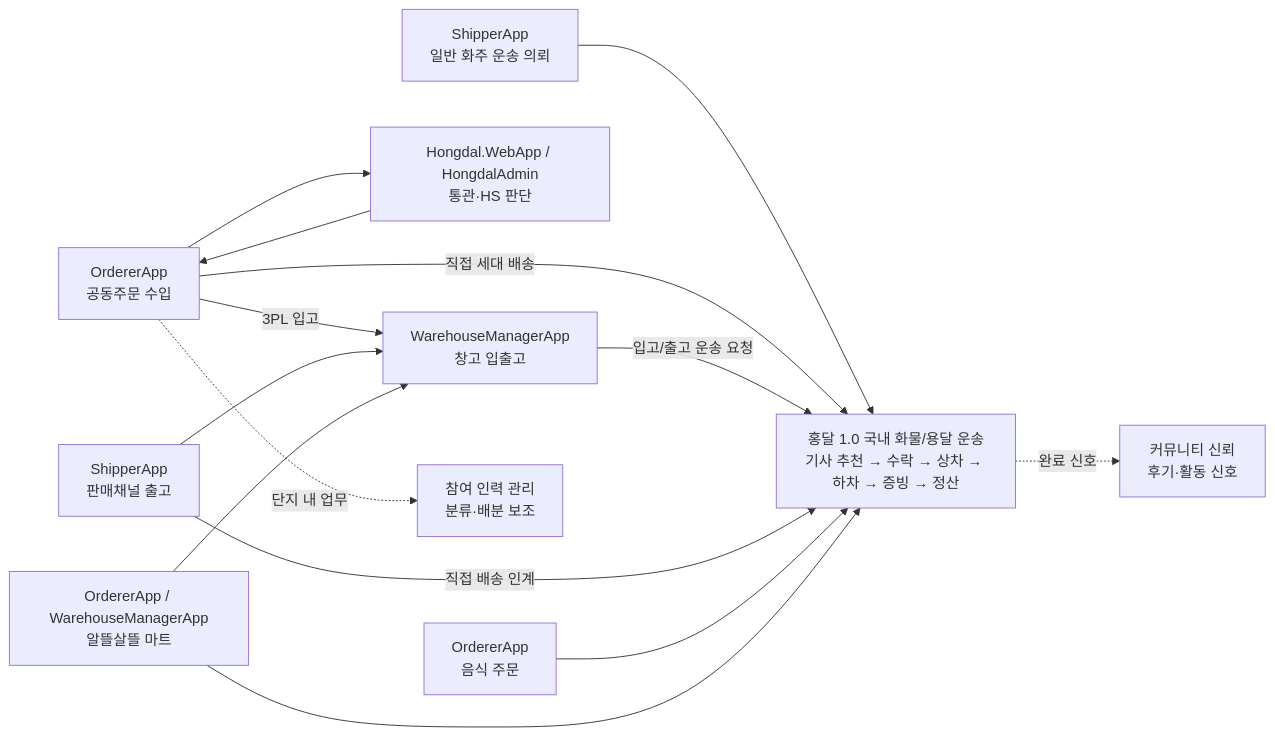
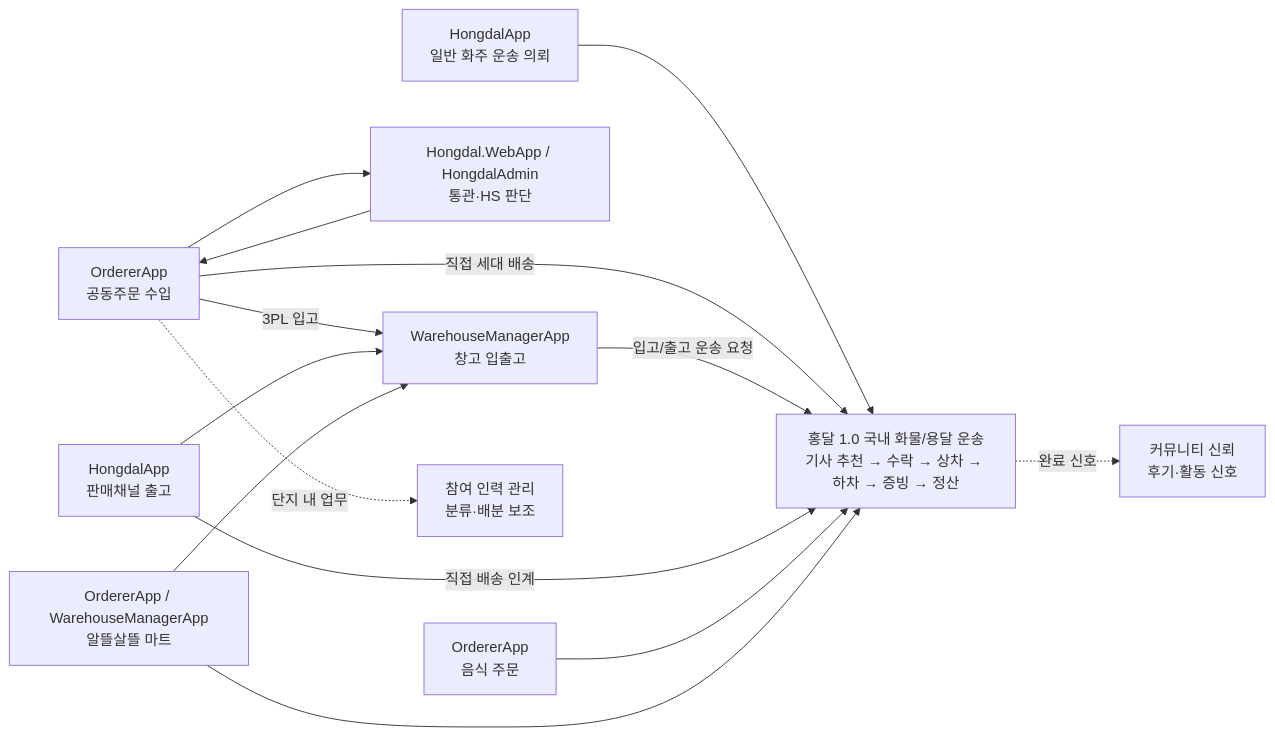
Before and after one commit to cheolwo/hongdal: the second of 9 diagrams in docs/ProjectOverview/workflow-app-screen-map.md, drawn with Mermaid. The commit also changed other lines of this file and 140 other files, not shown here.

````diff
--- a/docs/ProjectOverview/workflow-app-screen-map.md
+++ b/docs/ProjectOverview/workflow-app-screen-map.md
@@ -54,26 +54,26 @@
 ```mermaid
 flowchart LR
     Core["홍달 1.0 국내 화물/용달 운송<br/>기사 추천 → 수락 → 상차 → 하차 → 증빙 → 정산"]
-    Shipper["ShipperApp<br/>일반 화주 운송 의뢰"]
+    Shipper["HongdalApp<br/>일반 화주 운송 의뢰"]
     Group["OrdererApp<br/>공동주문 수입"]
     Customs["Hongdal.WebApp / HongdalAdmin<br/>통관·HS 판단"]
     Warehouse["WarehouseManagerApp<br/>창고 입출고"]
-    Sales["ShipperApp<br/>판매채널 출고"]
+    Sales["HongdalApp<br/>판매채널 출고"]
     Food["OrdererApp<br/>음식 주문"]
     Mart["OrdererApp / WarehouseManagerApp<br/>알뜰살뜰 마트"]
     Community["커뮤니티 신뢰<br/>후기·활동 신호"]
     HR["참여 인력 관리<br/>분류·배분 보조"]
 
     Shipper --> Core
     Group --> Customs --> Group
     Group -->|직접 세대 배송| Core
     Group -->|3PL 입고| Warehouse
     Warehouse -->|입고/출고 운송 요청| Core
     Sales --> Warehouse
     Sales -->|직접 배송 인계| Core
     Food --> Core
     Mart --> Warehouse
     Mart --> Core
     Core -.완료 신호.-> Community
     Group -.단지 내 업무.-> HR
 ```
````
